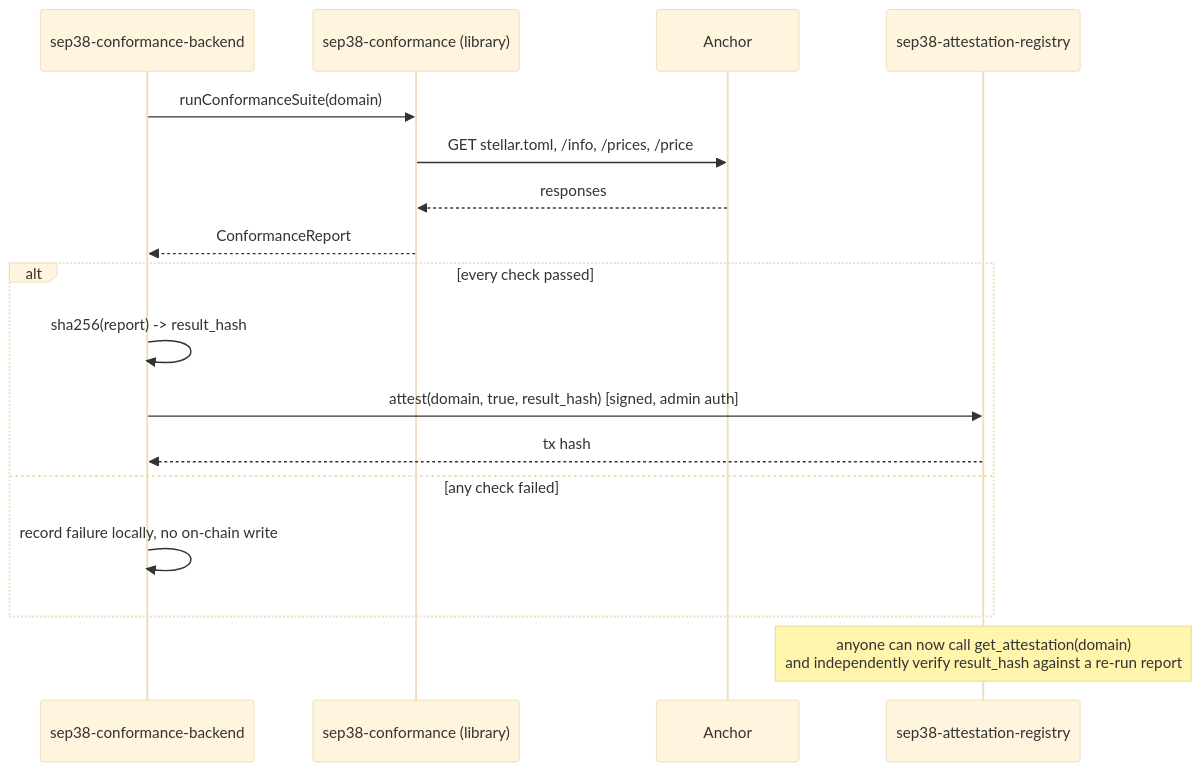
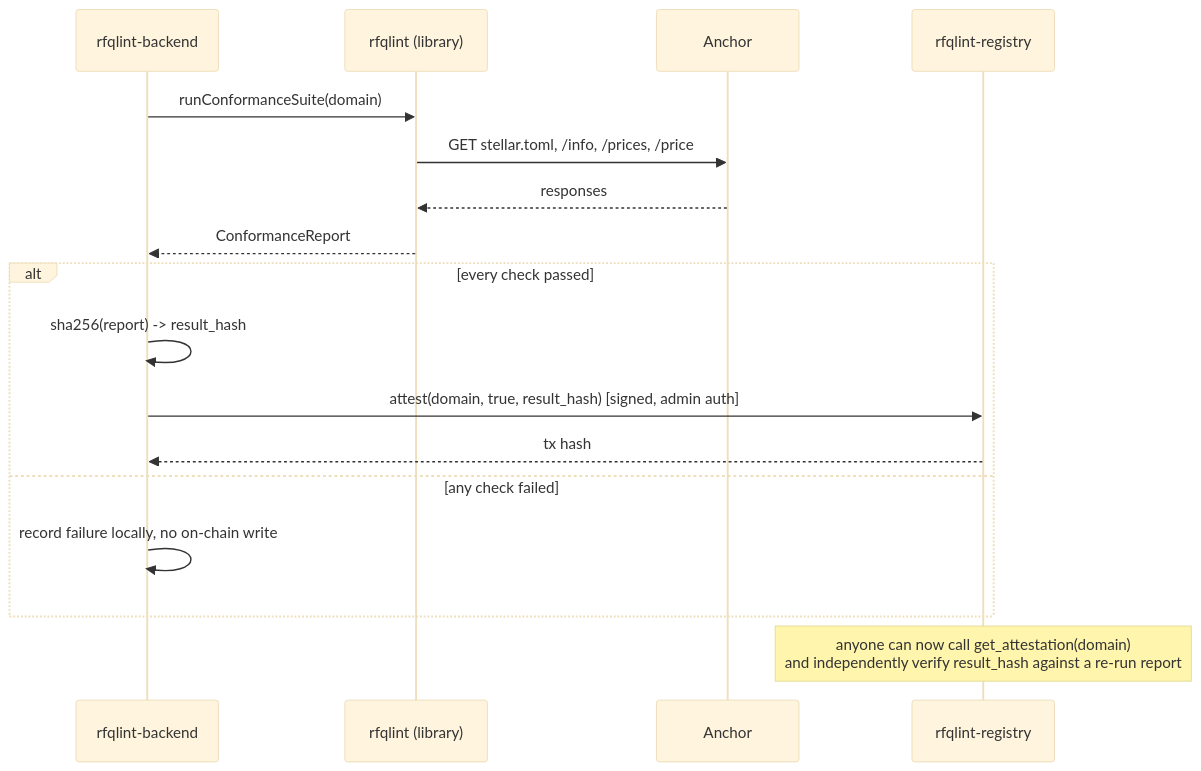
Before and after one commit to RFQLint/sep38-attestation-registry: the third of 3 diagrams in README.md, drawn with Mermaid (base theme). The commit also changed other lines of this file and 1 other file, not shown here.

First line of the commit message:
Rename project from sep38-attestation-registry to rfqlint-registry

````diff
--- a/README.md
+++ b/README.md
@@ -145,20 +145,20 @@
 ```mermaid
 sequenceDiagram
-    participant Backend as sep38-conformance-backend
-    participant Checker as sep38-conformance (library)
+    participant Backend as rfqlint-backend
+    participant Checker as rfqlint (library)
     participant Anchor
-    participant Contract as sep38-attestation-registry
+    participant Contract as rfqlint-registry
 
     Backend->>Checker: runConformanceSuite(domain)
     Checker->>Anchor: GET stellar.toml, /info, /prices, /price
     Anchor-->>Checker: responses
     Checker-->>Backend: ConformanceReport
     alt every check passed
         Backend->>Backend: sha256(report) -> result_hash
         Backend->>Contract: attest(domain, true, result_hash)  [signed, admin auth]
         Contract-->>Backend: tx hash
     else any check failed
         Backend->>Backend: record failure locally, no on-chain write
     end
     Note over Contract: anyone can now call get_attestation(domain)<br/>and independently verify result_hash against a re-run report
 ```
````
